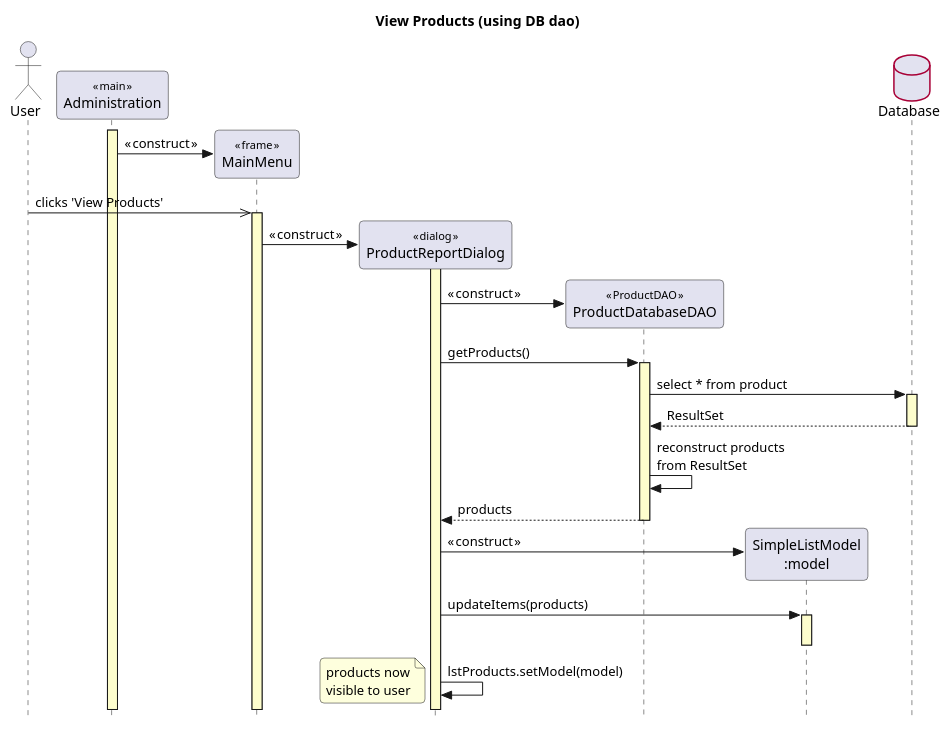
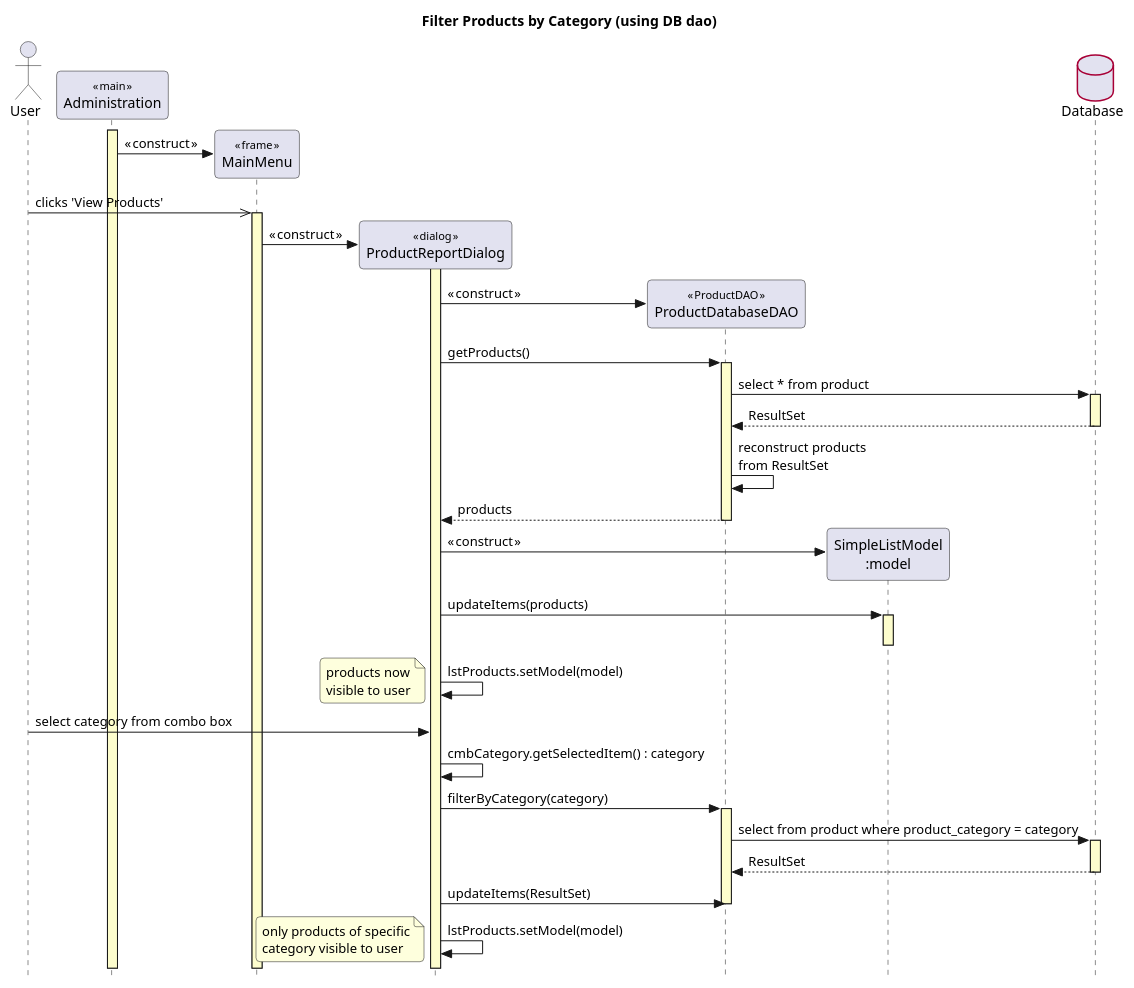
The diagram in filterProduct.puml (Jack-Baucke/INFO202-Project), drawn with PlantUML before and after one commit. The commit also changed 3 other files, not shown here.

Commit message:
Completed sequence diagrams

```diff
--- a/filterProduct.puml
+++ b/filterProduct.puml
@@ -1,65 +1,80 @@
 @startuml
  
 ' style tweaks to make the diagram a little more readable
 skinparam {
 	Style strictuml
 	RoundCorner 8
  
 	Sequence {
 		' make activations yellow too
 		LifeLineBackgroundColor #FDFDCD
  
 		' make stereotypes less ugly
 		Stereotype {
 			Font {
 				Size 11
 				Style plain
 			}
 		}
 	}
  
 	DatabaseBorderColor #A80036
  
 }
  
-title View Products (using DB dao)
+title Filter Products by Category (using DB dao)
  
 actor User as user
 participant "Administration" as main << main >>
 participant "MainMenu" as menu << frame >>
 participant "ProductReportDialog" as dialog << dialog >>
 participant "ProductDatabaseDAO" as dao << ProductDAO >>
 participant "SimpleListModel\n:model" as model
 database "Database" as db
  
 main++
 create menu
 main -> menu : « construct »
  
  
 user ->> menu : clicks 'View Products'
 menu++
  
  
 create dialog
 menu -> dialog++ : « construct »
  
  
 create dao
 dialog -> dao : « construct »
  
 dialog -> dao++ : getProducts()
 dao -> db++ : select * from product
 return ResultSet
 dao -> dao : reconstruct products\nfrom ResultSet
 return products
  
 create model
 dialog -> model : « construct »
 dialog -> model++ : updateItems(products)
 model--
 dialog -> dialog : lstProducts.setModel(model)
  
 note left : products now\nvisible to user
+
+user -> dialog : select category from combo box
+dialog -> dialog : cmbCategory.getSelectedItem() : category
+
+dialog -> dao++ : filterByCategory(category)
+
+dao -> db++ : select from product where product_category = category
+return ResultSet
+
+dialog -> dao : updateItems(ResultSet)
+dao--
+dialog -> dialog : lstProducts.setModel(model)
+
+note left : only products of specific\ncategory visible to user
+
  
 @enduml
```
